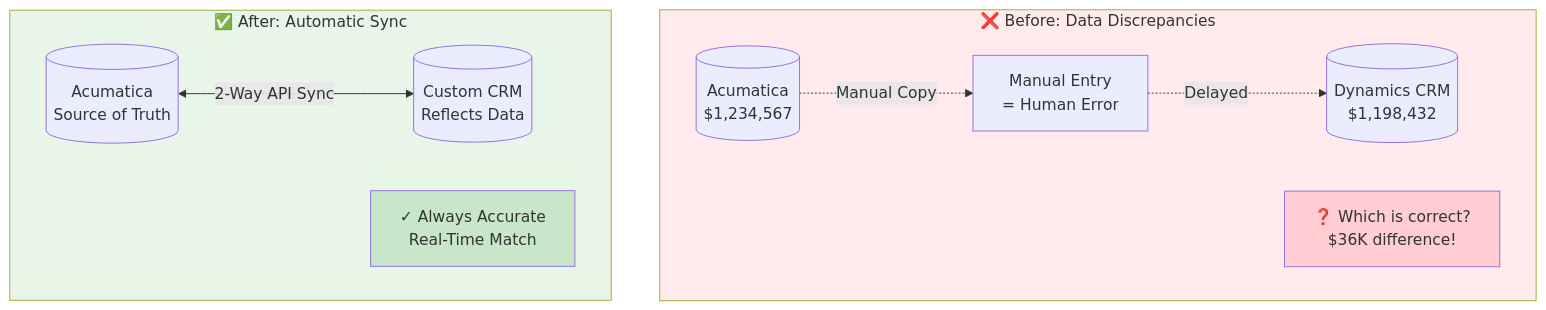
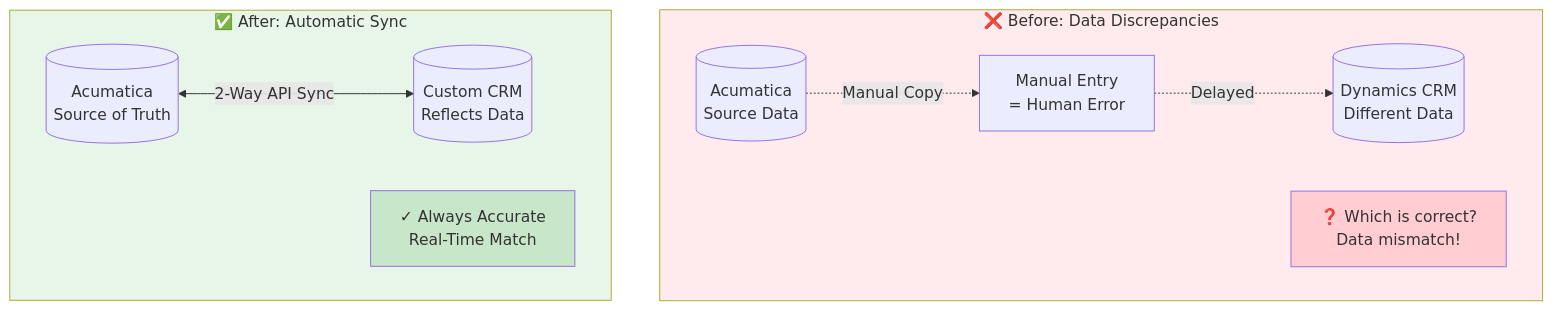
The fourth of 15 diagrams in docs/WORKFLOW_DIAGRAMS.md (ahmadhassan91/dynamic-aqs), drawn with Mermaid before and after one commit. The commit also changed other lines of this file and 2 other files, not shown here.

````diff
--- a/docs/WORKFLOW_DIAGRAMS.md
+++ b/docs/WORKFLOW_DIAGRAMS.md
@@ -142,23 +128,23 @@
 ```mermaid
 flowchart TB
     subgraph BEFORE ["❌ Before: Data Discrepancies"]
-        ACU1[(Acumatica<br/>$1,234,567)]
-        DYN1[(Dynamics CRM<br/>$1,198,432)]
+        ACU1[(Acumatica<br/>Source Data)]
+        DYN1[(Dynamics CRM<br/>Different Data)]
         MANUAL["Manual Entry<br/>= Human Error"]
         ACU1 -.->|Manual Copy| MANUAL
         MANUAL -.->|Delayed| DYN1
-        DIFF["❓ Which is correct?<br/>$36K difference!"]
+        DIFF["❓ Which is correct?<br/>Data mismatch!"]
     end
     
     subgraph AFTER ["✅ After: Automatic Sync"]
         ACU2[(Acumatica<br/>Source of Truth)]
         CRM2[(Custom CRM<br/>Reflects Data)]
         ACU2 <-->|2-Way API Sync| CRM2
         MATCH["✓ Always Accurate<br/>Real-Time Match"]
     end
     
     style BEFORE fill:#ffebee
     style AFTER fill:#e8f5e9
     style DIFF fill:#ffcdd2
     style MATCH fill:#c8e6c9
 ```
````
